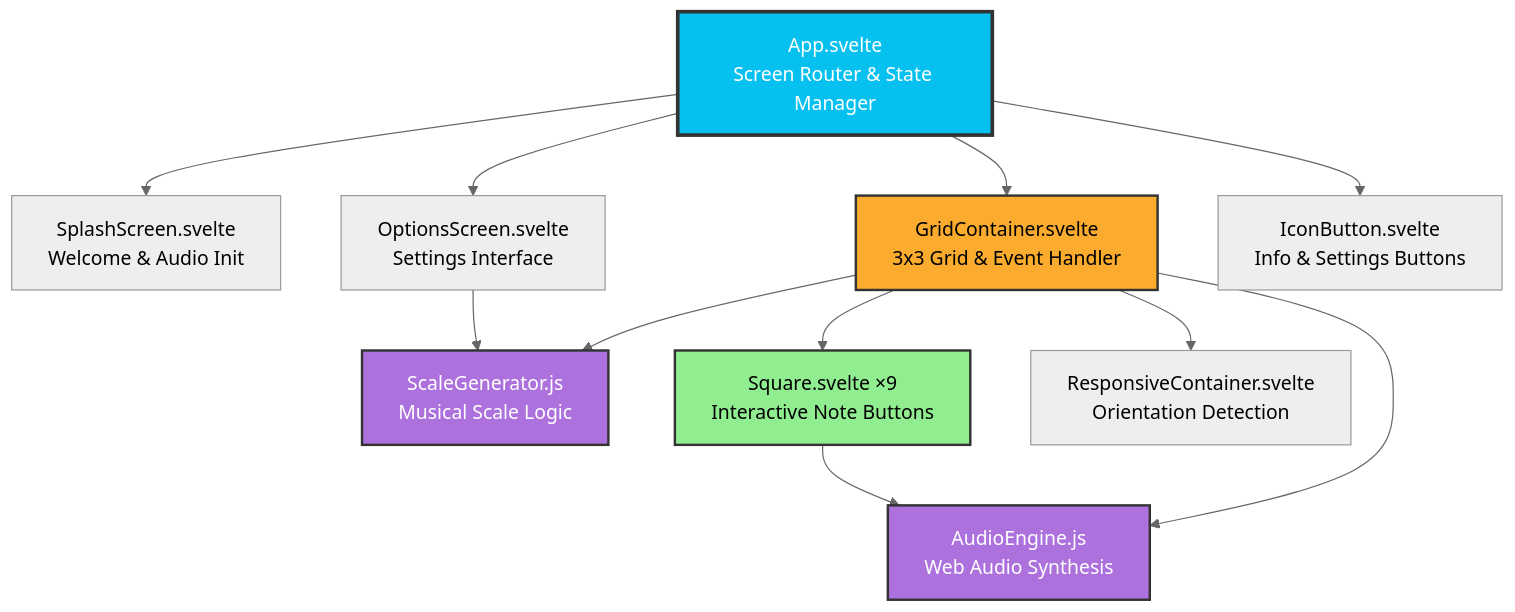
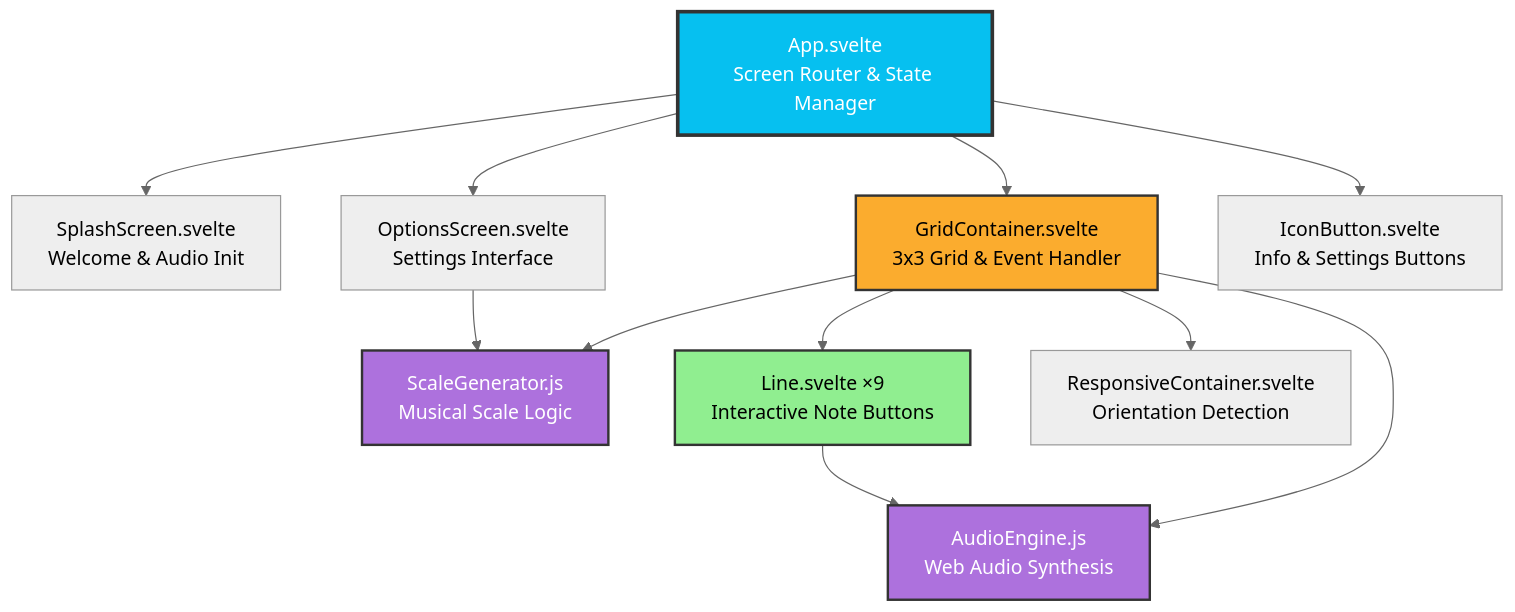
Before and after one commit to gawainhewitt/soundmakers_lines: the diagram in README.md, drawn with Mermaid (neutral theme). The commit also changed other lines of this file and 7 other files, not shown here.

````diff
--- a/README.md
+++ b/README.md
@@ -133,24 +133,24 @@
 ```mermaid
 graph TD
     A[App.svelte<br/>Screen Router & State Manager] --> B[SplashScreen.svelte<br/>Welcome & Audio Init]
     A --> C[OptionsScreen.svelte<br/>Settings Interface]
     A --> D[GridContainer.svelte<br/>3x3 Grid & Event Handler]
     A --> E[IconButton.svelte<br/>Info & Settings Buttons]
     
     D --> G[AudioEngine.js<br/>Web Audio Synthesis]
     D --> H[ScaleGenerator.js<br/>Musical Scale Logic]
-    D --> F[Square.svelte ×9<br/>Interactive Note Buttons]
+    D --> F[Line.svelte ×9<br/>Interactive Note Buttons]
 
     
     C --> H
     
     F --> G
     
     D --> I[ResponsiveContainer.svelte<br/>Orientation Detection]
     
     style A fill:#06C0F0,stroke:#333,stroke-width:3px,color:#fff
     style D fill:#FBAC2E,stroke:#333,stroke-width:2px,color:#000
     style G fill:#AD71DD,stroke:#333,stroke-width:2px,color:#fff
     style H fill:#AD71DD,stroke:#333,stroke-width:2px,color:#fff
     style F fill:#90EE90,stroke:#333,stroke-width:2px,color:#000
 ```
````
